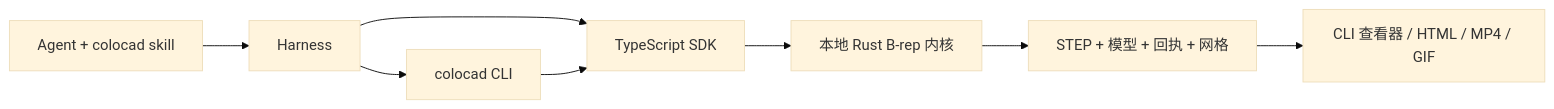
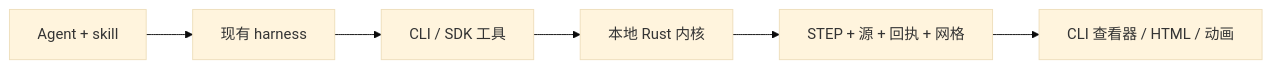
Before and after one commit to Coloopx/colocad: the diagram in README.zh-CN.md, drawn with Mermaid (base theme). The commit also changed other lines of this file and 16 other files, not shown here.

````diff
--- a/README.zh-CN.md
+++ b/README.zh-CN.md
@@ -17,10 +21,8 @@
 ```mermaid
 flowchart LR
-  A[Agent + colocad skill] --> H[Harness]
-  H --> C[colocad CLI]
-  H --> S[TypeScript SDK]
-  C --> S
-  S --> K[本地 Rust B-rep 内核]
-  K --> F[STEP + 模型 + 回执 + 网格]
-  F --> V[CLI 查看器 / HTML / MP4 / GIF]
+  A[Agent + skill] --> H[现有 harness]
+  H --> C[CLI / SDK 工具]
+  C --> K[本地 Rust 内核]
+  K --> F[STEP + 源 + 回执 + 网格]
+  F --> V[CLI 查看器 / HTML / 动画]
 ```
````
